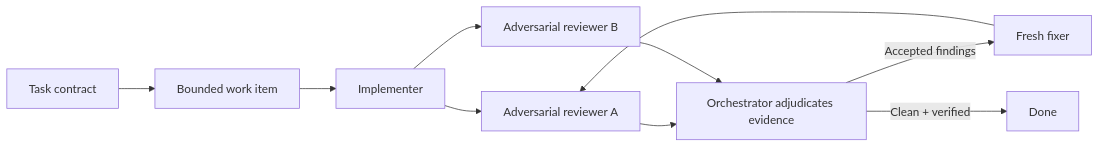
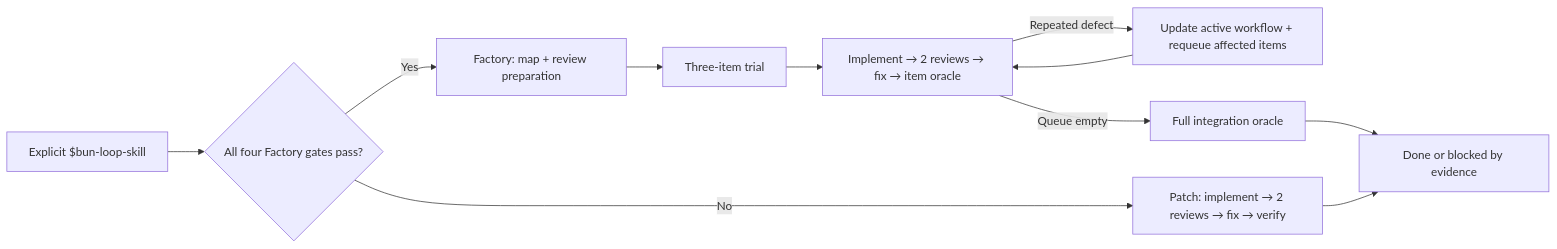
The diagram in README.md (Lzeutschler/bun-loop-skill), drawn with Mermaid before and after one commit. The commit also changed other lines of this file and 74 other files, not shown here.

````diff
--- a/README.md
+++ b/README.md
@@ -29,12 +31,13 @@
 ```mermaid
 flowchart LR
-  Contract["Task contract"] --> Queue["Bounded work item"]
-  Queue --> Implementer["Implementer"]
-  Implementer --> ReviewA["Adversarial reviewer A"]
-  Implementer --> ReviewB["Adversarial reviewer B"]
-  ReviewA --> Orchestrator["Orchestrator adjudicates evidence"]
-  ReviewB --> Orchestrator
-  Orchestrator -->|"Accepted findings"| Fixer["Fresh fixer"]
-  Fixer --> ReviewA
-  Orchestrator -->|"Clean + verified"| Done["Done"]
+  Invoke["Explicit $bun-loop-skill"] --> Router{"All four Factory gates pass?"}
+  Router -->|"Yes"| Prep["Factory: map + review preparation"]
+  Prep --> Trial["Three-item trial"]
+  Trial --> Queue["Implement → 2 reviews → fix → item oracle"]
+  Queue -->|"Repeated defect"| Process["Update active workflow + requeue affected items"]
+  Process --> Queue
+  Queue -->|"Queue empty"| Full["Full integration oracle"]
+  Router -->|"No"| Patch["Patch: implement → 2 reviews → fix → verify"]
+  Full --> Done["Done or blocked by evidence"]
+  Patch --> Done
 ```
````
